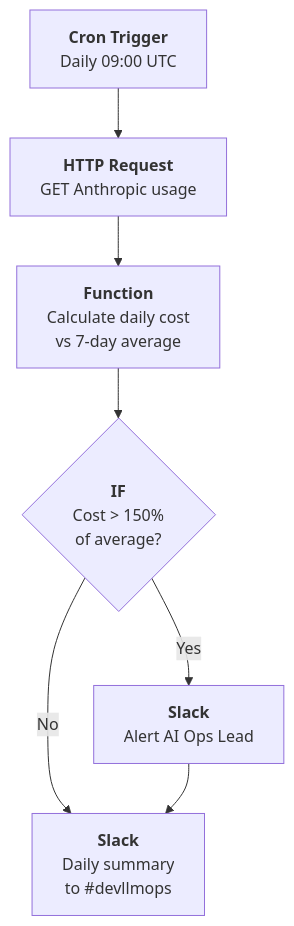
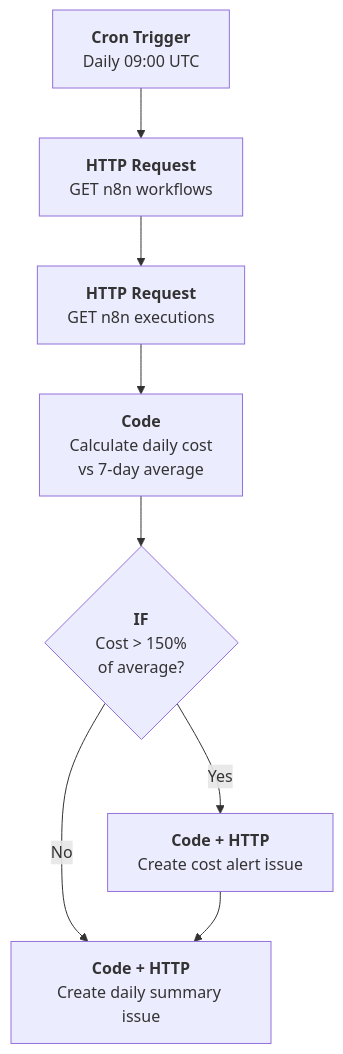
Before and after one commit to DevLLMOps/devllmops: the fifth of 5 diagrams in docs/n8n-setup.md, drawn with Mermaid. The commit also changed other lines of this file and 15 other files, not shown here.

````diff
--- a/docs/n8n-setup.md
+++ b/docs/n8n-setup.md
@@ -170,18 +405,19 @@
 ```mermaid
 flowchart TD
     A["`**Cron Trigger**
     Daily 09:00 UTC`"] --> B["`**HTTP Request**
-    GET Anthropic usage`"]
-    B --> C["`**Function**
+    GET n8n workflows`"]
+    B --> C["`**HTTP Request**
+    GET n8n executions`"]
+    C --> D["`**Code**
     Calculate daily cost
     vs 7-day average`"]
-    C --> D{"`**IF**
+    D --> E{"`**IF**
     Cost > 150%
     of average?`"}
-    D -- Yes --> E["`**Slack**
-    Alert AI Ops Lead`"]
-    D -- No --> F["`**Slack**
-    Daily summary
-    to #devllmops`"]
-    E --> F
+    E -- Yes --> F["`**Code + HTTP**
+    Create cost alert issue`"]
+    E -- No --> G["`**Code + HTTP**
+    Create daily summary issue`"]
+    F --> G
 ```
````
